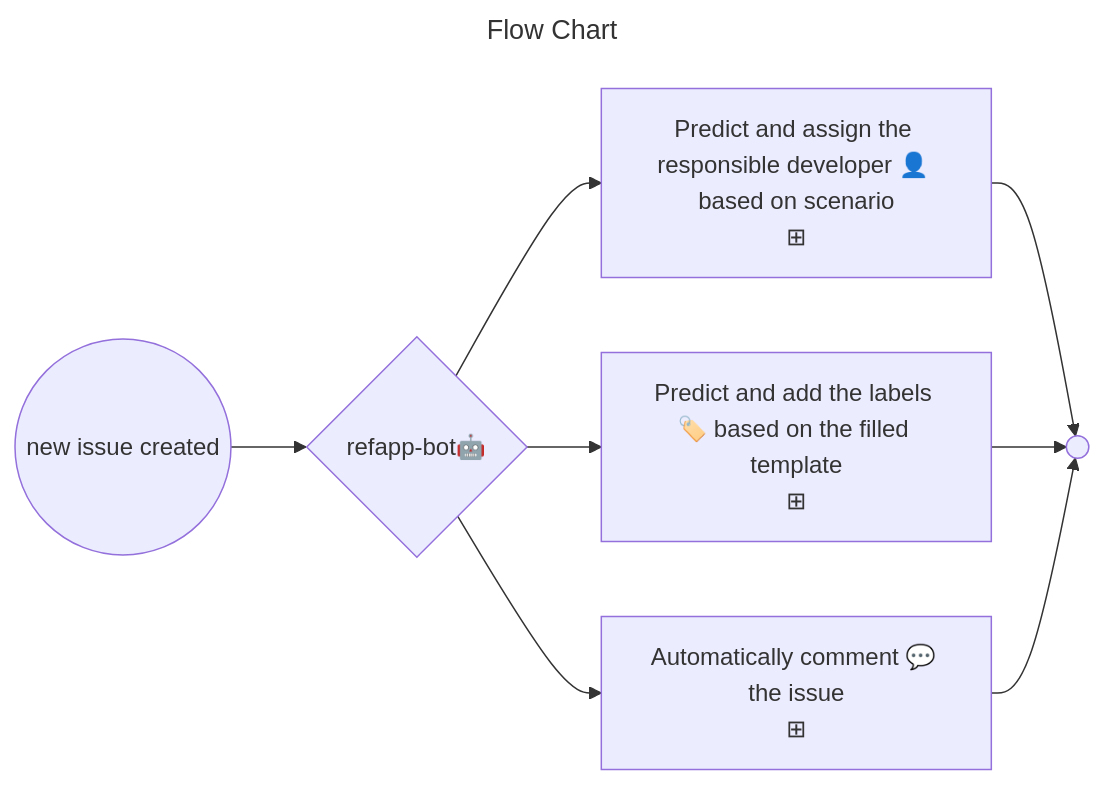
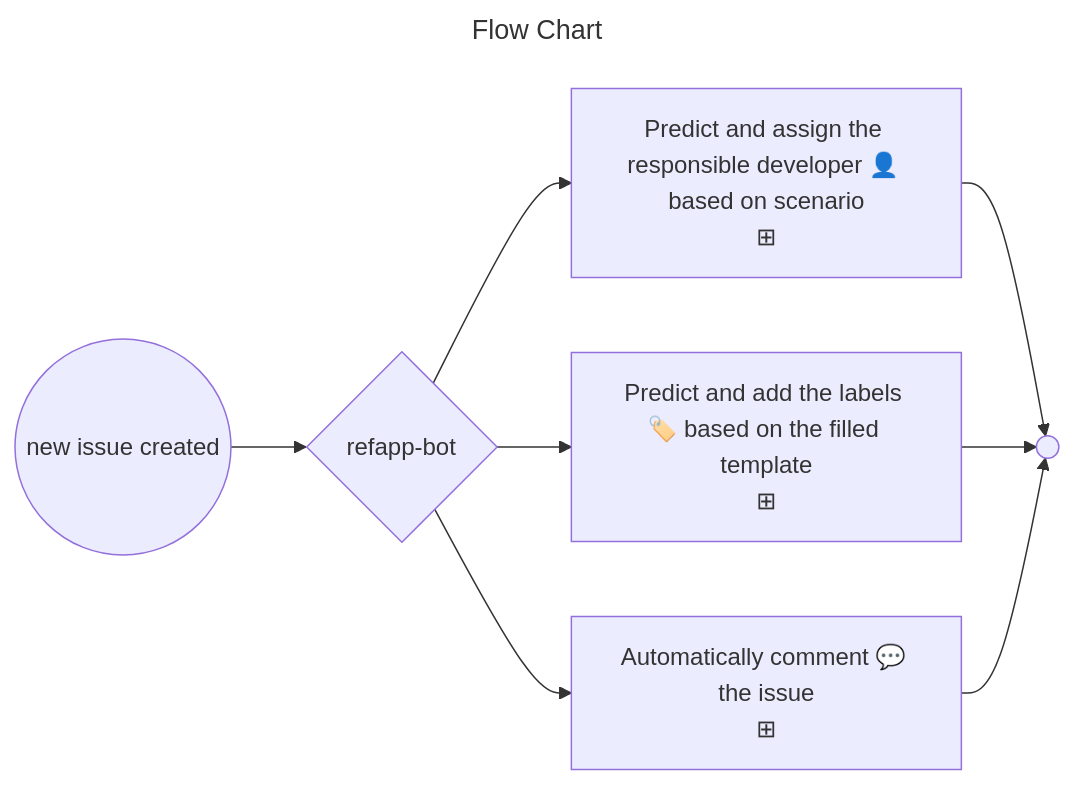
One commit to ejazsyed/validation-issue changed the diagram in README.md. Above: the diagram before and after it, drawn with Mermaid.

Commit message:
issu-bot

````diff
--- a/README.md
+++ b/README.md
@@ -6,13 +6,13 @@
 ```mermaid
 ---
 title: Flow Chart
 ---
 flowchart LR
-    start((new issue created)) --> p1{refapp-bot🤖}
+    start((new issue created)) --> p1{refapp-bot}
     p1 --> assignee["Predict and assign the responsible developer 👤 based on scenario\n⊞"]
     p1 --> label["Predict and add the labels 🏷️ based on the filled template\n⊞"]
     p1 --> comment["Automatically comment 💬 the issue\n⊞"]
     assignee --> e1(( ))
     label --> e1
     comment --> e1
 ```
````
